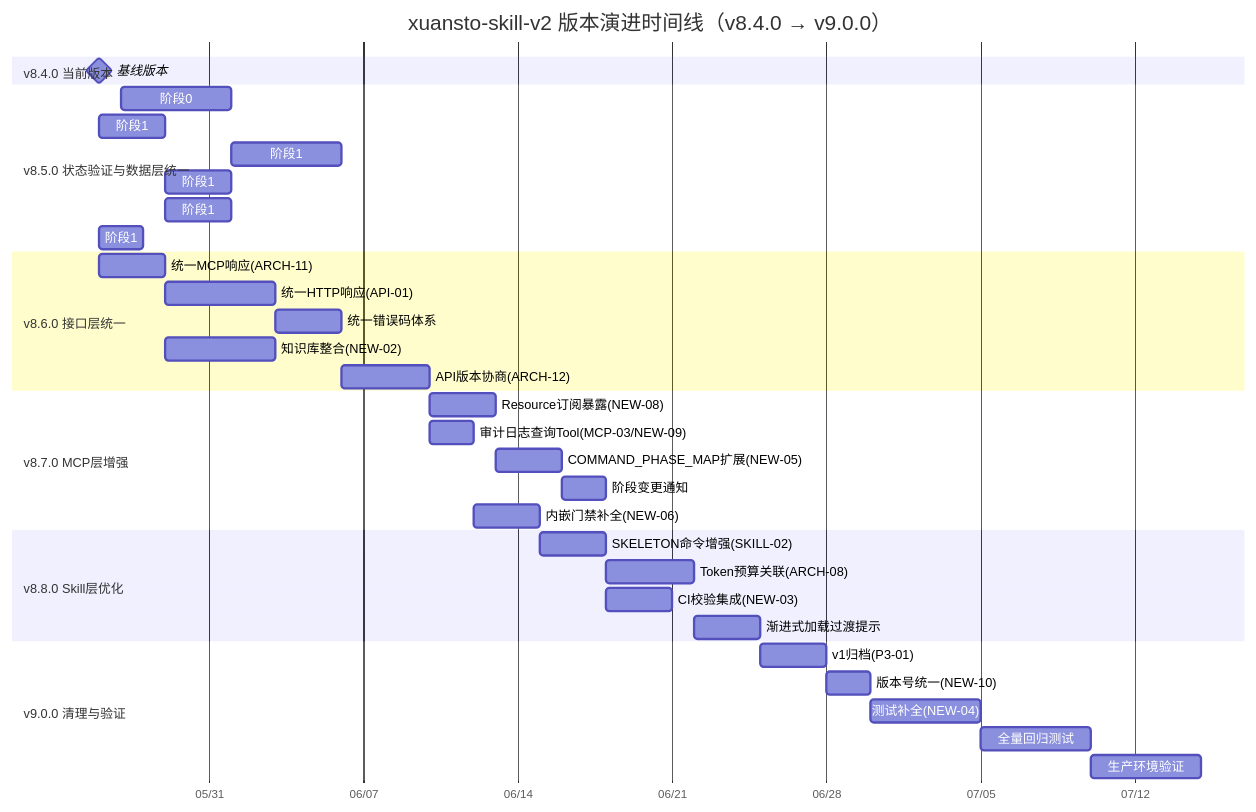
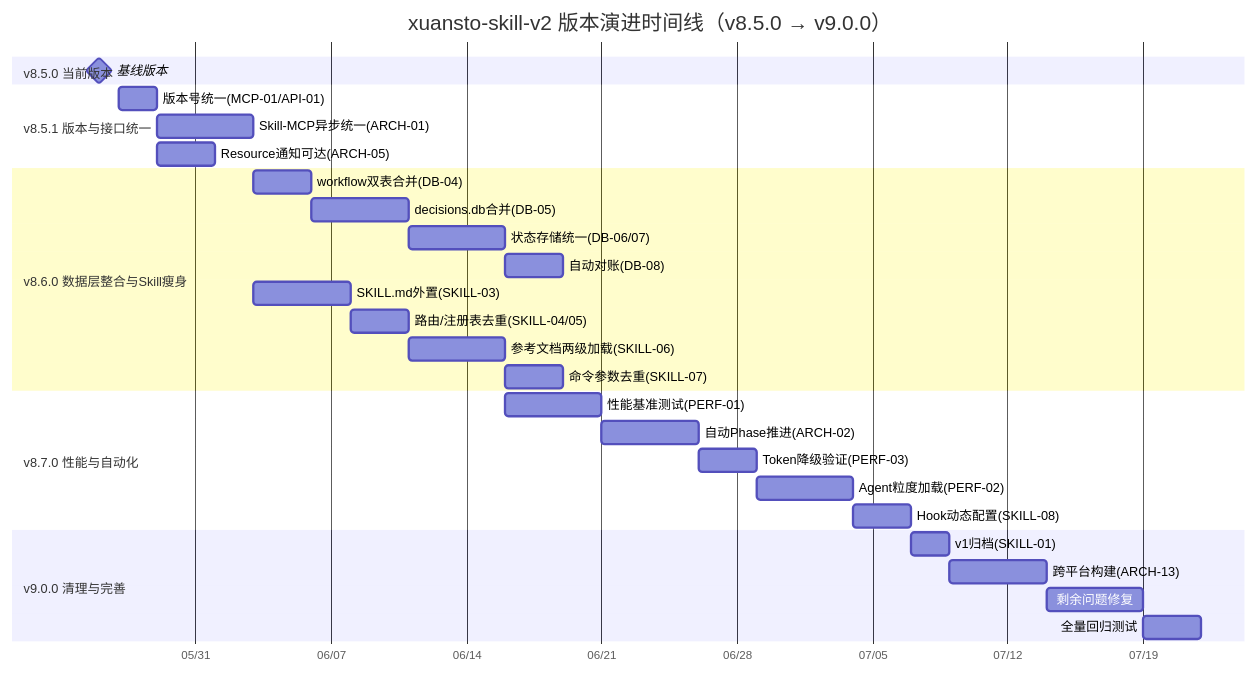
One commit to xuanyuanchumo/xuansto changed the first of 3 diagrams in docs/plan/v-l.md. Above: the diagram before and after it, drawn with Mermaid. The commit also changed other lines of this file and 34 other files, not shown here.

````diff
--- a/docs/plan/v-l.md
+++ b/docs/plan/v-l.md
@@ -511,44 +339,37 @@
 ```mermaid
 gantt
-    title xuansto-skill-v2 版本演进时间线（v8.4.0 → v9.0.0）
+    title xuansto-skill-v2 版本演进时间线（v8.5.0 → v9.0.0）
     dateFormat YYYY-MM-DD
     axisFormat %m/%d
 
-    section v8.4.0 当前版本
+    section v8.5.0 当前版本
     基线版本                           :milestone, m0, 2026-05-26, 0d
 
-    section v8.5.0 状态验证与数据层统一
-    阶段0: 状态验证(NEW-11等)          :p0, 2026-05-27, 5d
-    阶段1: Schema合并(NEW-07)          :p1a, after p0, 3d
-    阶段1: 数据迁移                    :p1b, after p1a, 5d
-    阶段1: 双写修复(DB-01/02)          :p1c, after p1b, 3d
-    阶段1: 降级映射对齐(NEW-01)        :p1d, after p1b, 3d
-    阶段1: Schema校验脚本(NEW-03)      :p1e, after p1d, 2d
+    section v8.5.1 版本与接口统一
+    版本号统一(MCP-01/API-01)          :p1a, 2026-05-27, 2d
+    Skill-MCP异步统一(ARCH-01)         :p1b, after p1a, 5d
+    Resource通知可达(ARCH-05)           :p1c, after p1a, 3d
 
-    section v8.6.0 接口层统一
-    统一MCP响应(ARCH-11)               :p2a, after p1e, 3d
-    统一HTTP响应(API-01)               :p2b, after p2a, 5d
-    统一错误码体系                     :p2c, after p2b, 3d
-    知识库整合(NEW-02)                 :p2d, after p2a, 5d
-    API版本协商(ARCH-12)               :p2e, after p2c, 4d
+    section v8.6.0 数据层整合与Skill瘦身
+    workflow双表合并(DB-04)             :p2a, after p1b, 3d
+    decisions.db合并(DB-05)             :p2b, after p2a, 5d
+    状态存储统一(DB-06/07)              :p2c, after p2b, 5d
+    自动对账(DB-08)                     :p2d, after p2c, 3d
+    SKILL.md外置(SKILL-03)              :p3a, after p1b, 5d
+    路由/注册表去重(SKILL-04/05)        :p3b, after p3a, 3d
+    参考文档两级加载(SKILL-06)           :p3c, after p3b, 5d
+    命令参数去重(SKILL-07)              :p3d, after p3c, 3d
 
-    section v8.7.0 MCP层增强
-    Resource订阅暴露(NEW-08)           :p3a, after p2e, 3d
-    审计日志查询Tool(MCP-03/NEW-09)    :p3b, after p2e, 2d
-    COMMAND_PHASE_MAP扩展(NEW-05)      :p3c, after p3a, 3d
-    阶段变更通知                       :p3d, after p3c, 2d
-    内嵌门禁补全(NEW-06)               :p3e, after p3b, 3d
+    section v8.7.0 性能与自动化
+    性能基准测试(PERF-01)               :p4a, after p3c, 5d
+    自动Phase推进(ARCH-02)              :p4b, after p4a, 5d
+    Token降级验证(PERF-03)              :p4c, after p4b, 3d
+    Agent粒度加载(PERF-02)              :p4d, after p4c, 5d
+    Hook动态配置(SKILL-08)              :p4e, after p4d, 3d
 
-    section v8.8.0 Skill层优化
-    SKELETON命令增强(SKILL-02)         :p4a, after p3e, 3d
-    Token预算关联(ARCH-08)             :p4b, after p4a, 4d
-    CI校验集成(NEW-03)                 :p4c, after p4a, 3d
-    渐进式加载过渡提示                  :p4d, after p4b, 3d
-
-    section v9.0.0 清理与验证
-    v1归档(P3-01)                      :p5a, after p4d, 3d
-    版本号统一(NEW-10)                 :p5b, after p5a, 2d
-    测试补全(NEW-04)                   :p5c, after p5b, 5d
-    全量回归测试                       :p5d, after p5c, 5d
-    生产环境验证                       :p5e, after p5d, 5d
+    section v9.0.0 清理与完善
+    v1归档(SKILL-01)                    :p5a, after p4e, 2d
+    跨平台构建(ARCH-13)                 :p5b, after p5a, 5d
+    剩余问题修复                        :p5c, after p5b, 5d
+    全量回归测试                        :p5d, after p5c, 3d
 ```
````
